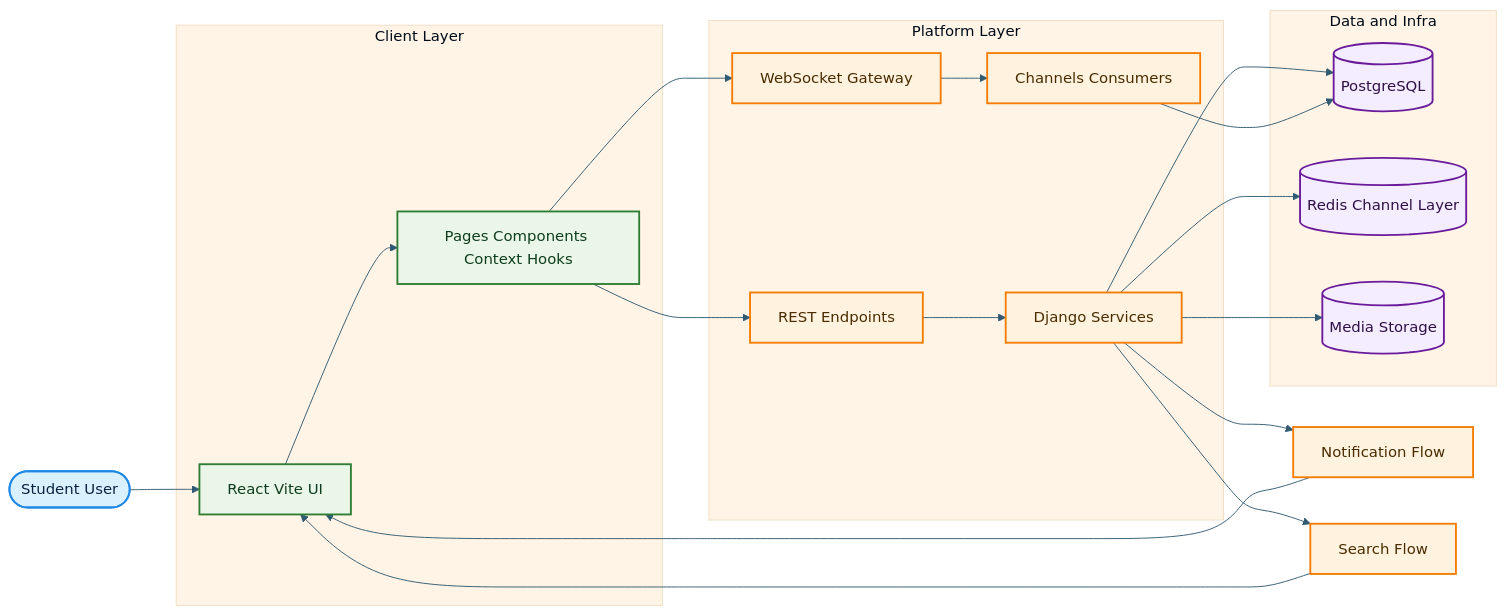
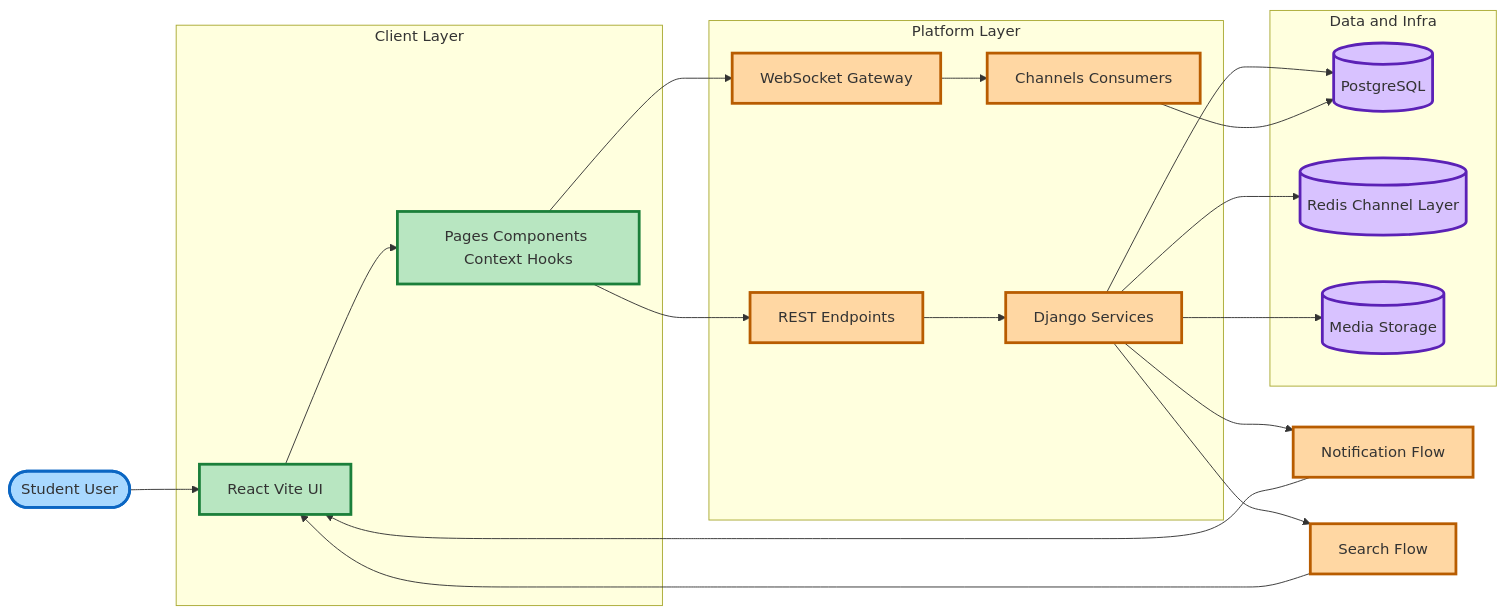
The first of 3 diagrams in README.md (asef69/Core-BUETian--Your-BUETian-Social-Media-App), drawn with Mermaid before and after one commit. The commit also changed other lines of this file, not shown here.

Commit message:
final code push from Asef,may Allah grant us reward for the hardwork we have done for the past 3 months for the project

````diff
--- a/README.md
+++ b/README.md
@@ -32,38 +32,37 @@
 ```mermaid
-%%{init: {'theme':'base','themeVariables': { 'primaryColor': '#E9F5FF', 'primaryTextColor': '#0A2540', 'primaryBorderColor': '#1E88E5', 'lineColor': '#305A72', 'secondaryColor': '#F4F8D3', 'tertiaryColor': '#FFF4E6', 'fontFamily': 'Segoe UI' }}}%%
 flowchart LR
     U([Student User]) --> FE[React Vite UI]
 
     subgraph Client Layer
         FE --> UX[Pages Components Context Hooks]
     end
 
     subgraph Platform Layer
         UX --> API[REST Endpoints]
         UX --> WS[WebSocket Gateway]
         API --> SRV[Django Services]
         WS --> CHAT[Channels Consumers]
     end
 
     subgraph Data and Infra
         SRV --> DB[(PostgreSQL)]
         CHAT --> DB
         SRV --> REDIS[(Redis Channel Layer)]
         SRV --> MEDIA[(Media Storage)]
     end
 
     SRV --> NOTIF[Notification Flow]
     SRV --> SEARCH[Search Flow]
     NOTIF --> FE
     SEARCH --> FE
 
-    classDef user fill:#D9F0FF,stroke:#1E88E5,stroke-width:2px,color:#0A2540;
-    classDef client fill:#EAF7E8,stroke:#2E7D32,stroke-width:2px,color:#0F3D1D;
-    classDef platform fill:#FFF3E0,stroke:#F57C00,stroke-width:2px,color:#4A2C00;
-    classDef data fill:#F4ECFF,stroke:#6A1B9A,stroke-width:2px,color:#2F1147;
+    classDef user fill:#A8D8FF,stroke:#0B66C3,stroke-width:3px;
+    classDef client fill:#B8E6C1,stroke:#1B7F3A,stroke-width:3px;
+    classDef platform fill:#FFD7A3,stroke:#B85C00,stroke-width:3px;
+    classDef data fill:#D8C2FF,stroke:#5B21B6,stroke-width:3px;
 
     class U user;
     class FE,UX client;
     class API,WS,SRV,CHAT,NOTIF,SEARCH platform;
     class DB,REDIS,MEDIA data;
 ```
````
